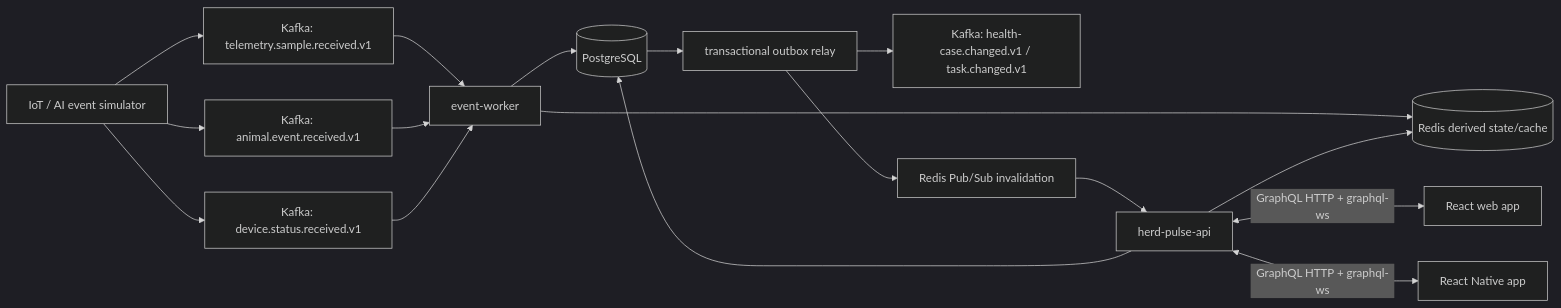
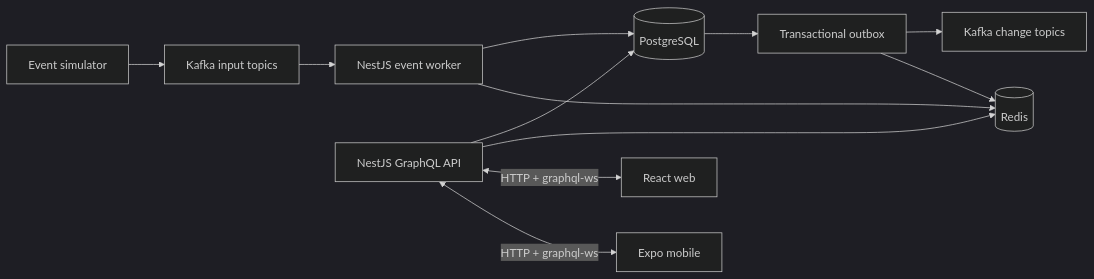
The diagram in README.md (fullstack-nick/HerdPulse), drawn with Mermaid (dark theme) before and after one commit. The commit also changed other lines of this file and 13 other files, not shown here.

````diff
--- a/README.md
+++ b/README.md
@@ -63,23 +32,14 @@
 ```mermaid
 flowchart LR
-    SIM["IoT / AI event simulator"] --> TK["Kafka: telemetry.sample.received.v1"]
-    SIM --> EK["Kafka: animal.event.received.v1"]
-    SIM --> DK["Kafka: device.status.received.v1"]
-
-    TK --> WORKER["event-worker"]
-    EK --> WORKER
-    DK --> WORKER
-
-    WORKER --> PG[("PostgreSQL")]
-    WORKER --> RC[("Redis derived state/cache")]
-    API["herd-pulse-api"] --> PG
-    API --> RC
-
-    PG --> OUTBOX["transactional outbox relay"]
-    OUTBOX --> CK["Kafka: health-case.changed.v1 / task.changed.v1"]
-    OUTBOX --> RP["Redis Pub/Sub invalidation"]
-    RP --> API
-
-    API <-->|"GraphQL HTTP + graphql-ws"| WEB["React web app"]
-    API <-->|"GraphQL HTTP + graphql-ws"| MOBILE["React Native app"]
+    SIM["Event simulator"] --> K["Kafka input topics"]
+    K --> W["NestJS event worker"]
+    W --> PG[("PostgreSQL")]
+    W --> R[("Redis")]
+    PG --> O["Transactional outbox"]
+    O --> K2["Kafka change topics"]
+    O --> R
+    API["NestJS GraphQL API"] --> PG
+    API --> R
+    API <-->|"HTTP + graphql-ws"| WEB["React web"]
+    API <-->|"HTTP + graphql-ws"| MOBILE["Expo mobile"]
 ```
````
